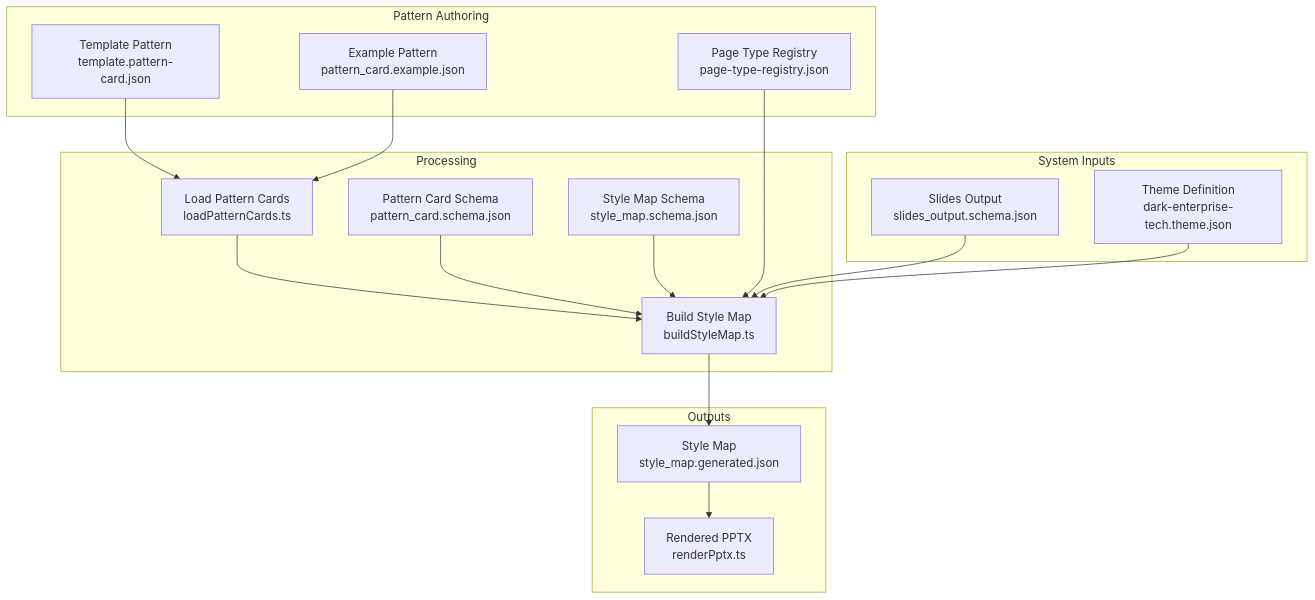
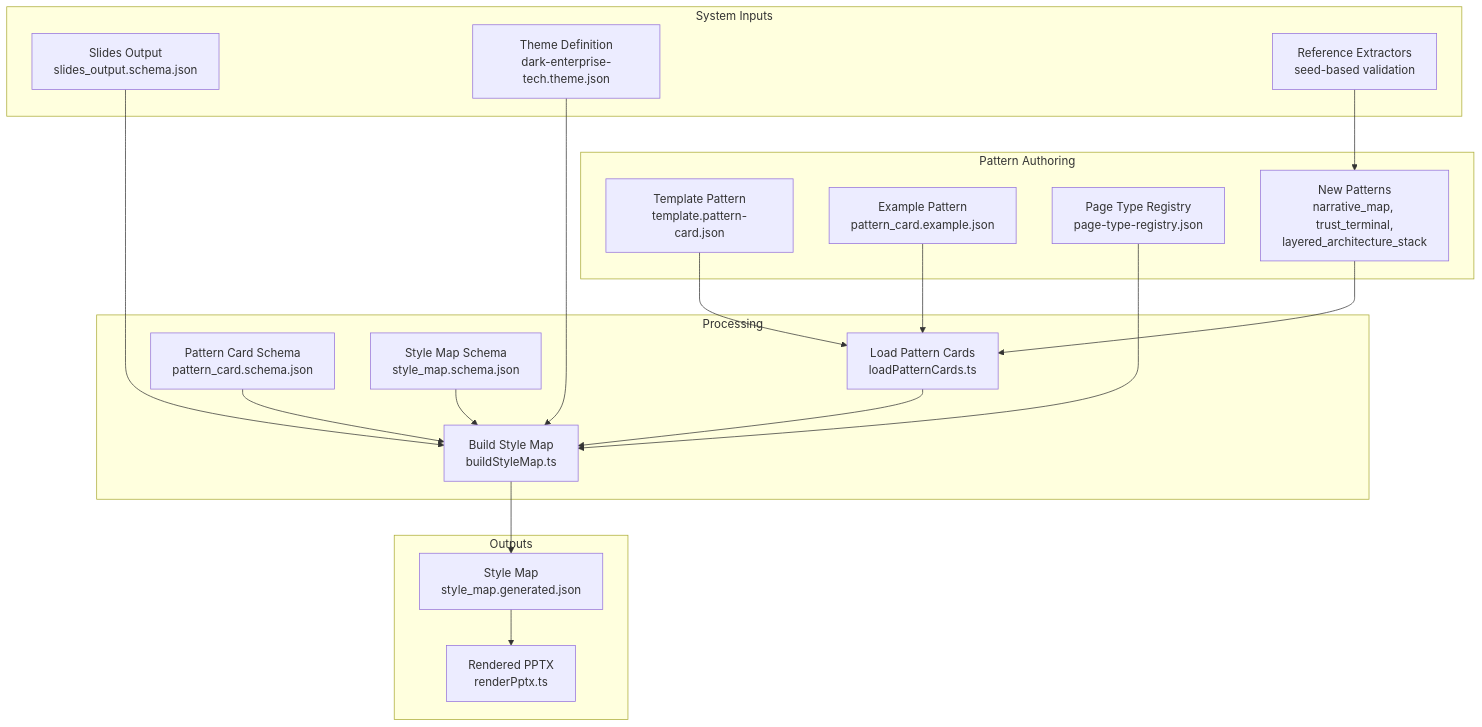
Before and after one commit to brantzh6/deepPPT: the first of 5 diagrams in .qoder/repowiki/en/content/Style System/Pattern Cards.md, drawn with Mermaid. The commit also changed other lines of this file and 6 other files, not shown here.

Commit message:
Redesign layered_architecture_stack with modern control panel style

````diff
--- a/.qoder/repowiki/en/content/Style System/Pattern Cards.md
+++ b/.qoder/repowiki/en/content/Style System/Pattern Cards.md
@@ -46,32 +64,36 @@
 ```mermaid
 graph TB
 subgraph "Pattern Authoring"
 TPL["Template Pattern<br/>template.pattern-card.json"]
 EX["Example Pattern<br/>pattern_card.example.json"]
 REG["Page Type Registry<br/>page-type-registry.json"]
+NEW["New Patterns<br/>narrative_map, trust_terminal,<br/>layered_architecture_stack"]
 end
 subgraph "System Inputs"
 SLIDES["Slides Output<br/>slides_output.schema.json"]
 THEME["Theme Definition<br/>dark-enterprise-tech.theme.json"]
+REF["Reference Extractors<br/>seed-based validation"]
 end
 subgraph "Processing"
 LOAD["Load Pattern Cards<br/>loadPatternCards.ts"]
 MAP["Build Style Map<br/>buildStyleMap.ts"]
 SCHEMA["Pattern Card Schema<br/>pattern_card.schema.json"]
 SMSCHEMA["Style Map Schema<br/>style_map.schema.json"]
 end
 subgraph "Outputs"
 STYLMAP["Style Map<br/>style_map.generated.json"]
 RENDER["Rendered PPTX<br/>renderPptx.ts"]
 end
 TPL --> LOAD
 EX --> LOAD
 REG --> MAP
+NEW --> LOAD
 SLIDES --> MAP
 THEME --> MAP
+REF --> NEW
 LOAD --> MAP
 SCHEMA --> MAP
 SMSCHEMA --> MAP
 MAP --> STYLMAP
 STYLMAP --> RENDER
 ```
````
